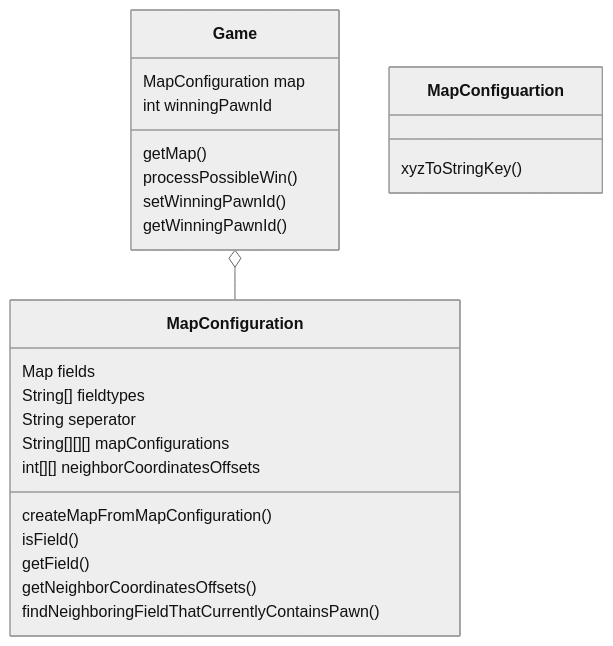
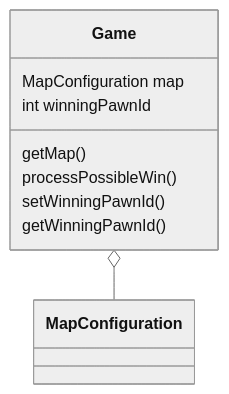
The second of 2 diagrams in ARCHITECTURE.md (stijnlinderman/eldorado), drawn with Mermaid (neutral theme) before and after one commit.

````diff
--- a/ARCHITECTURE.md
+++ b/ARCHITECTURE.md
@@ -13,21 +13,10 @@
 ```mermaid
 classDiagram
 	Game o-- MapConfiguration
 	Game : MapConfiguration map
 	Game : int winningPawnId
 	Game : getMap()
 	Game : processPossibleWin()
 	Game : setWinningPawnId()
 	Game : getWinningPawnId()
-	MapConfiguration : Map<String,Field> fields
-	MapConfiguration : String[] fieldtypes
-	MapConfiguration : String seperator
-	MapConfiguration : String[][][] mapConfigurations
-	MapConfiguration : int[][] neighborCoordinatesOffsets
-	MapConfiguration : createMapFromMapConfiguration()
-	MapConfiguration : isField()
-	MapConfiguration : getField()
-	MapConfiguration : getNeighborCoordinatesOffsets()
-	MapConfiguration : findNeighboringFieldThatCurrentlyContainsPawn()
-	MapConfiguartion : xyzToStringKey()
 ```
````
